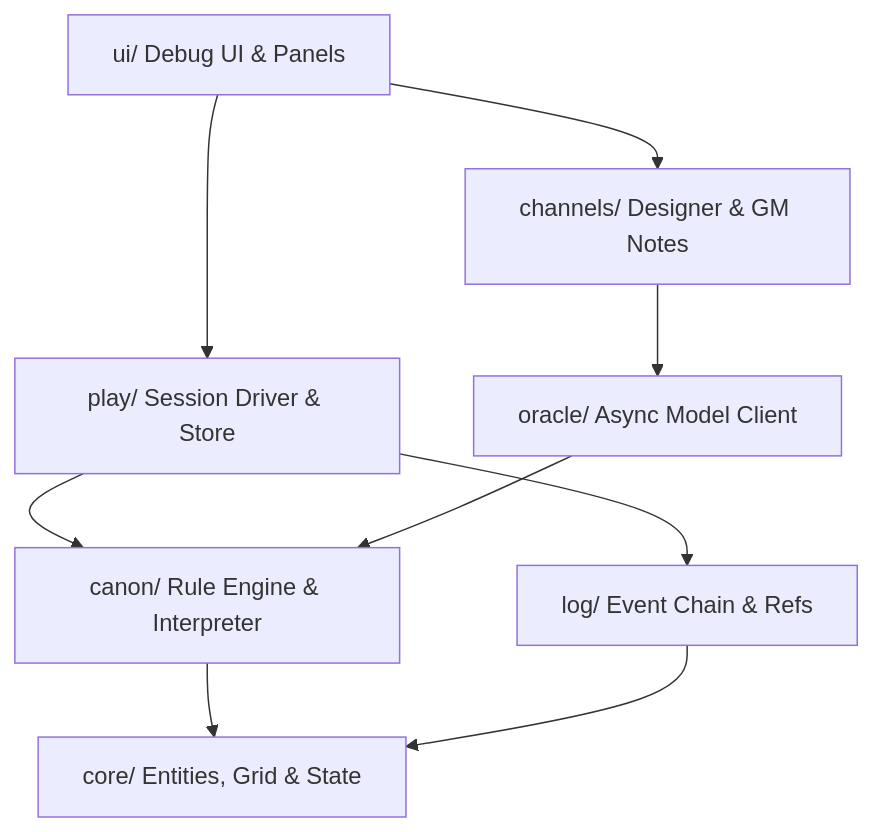
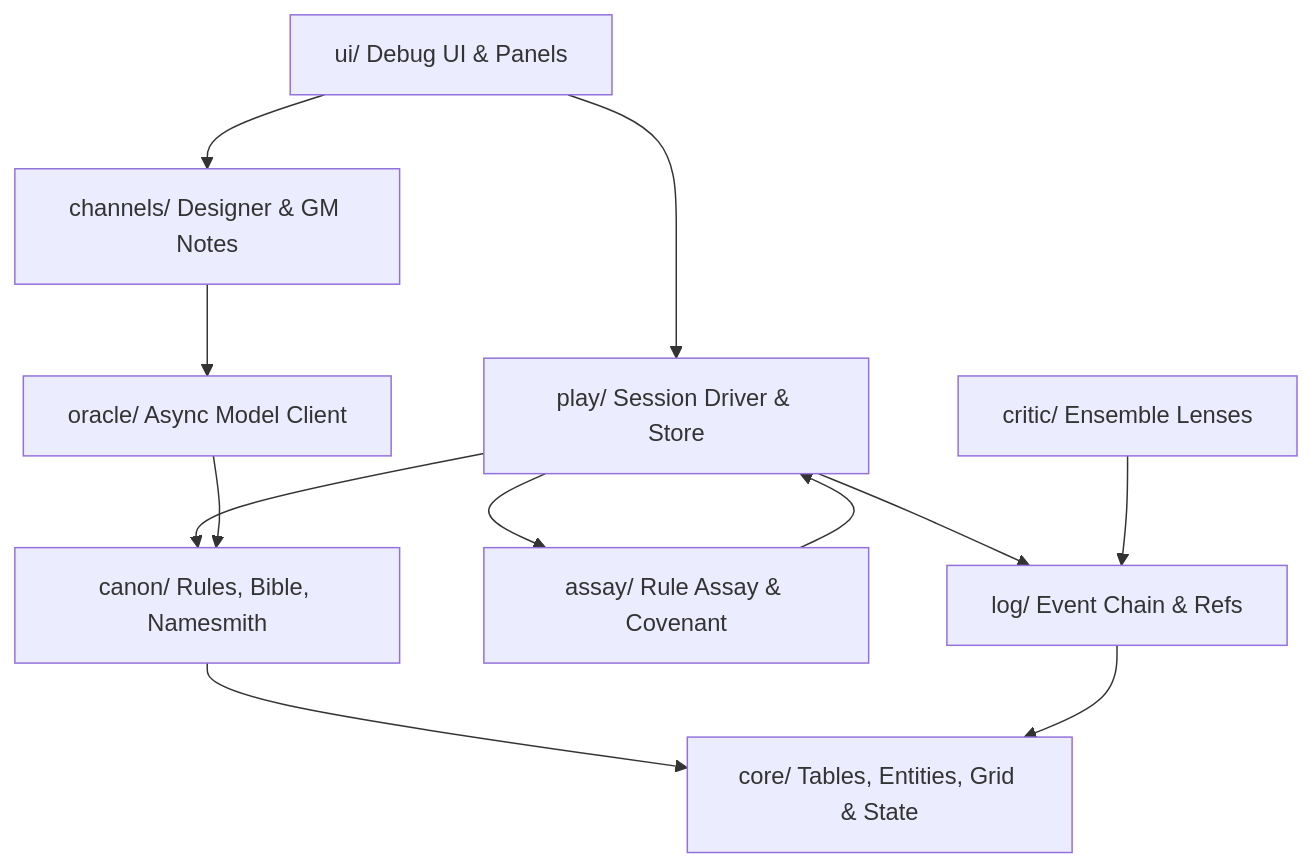
The first of 2 diagrams in openwiki/architecture/overview.md (earchibald/evolving-rpg), drawn with Mermaid before and after one commit. The commit also changed other lines of this file and 10 other files, not shown here.

````diff
--- a/openwiki/architecture/overview.md
+++ b/openwiki/architecture/overview.md
@@ -18,11 +18,14 @@
 ```mermaid
 flowchart TD
     UI[ui/ Debug UI & Panels] --> Play[play/ Session Driver & Store]
     UI --> Channels[channels/ Designer & GM Notes]
-    Play --> Canon[canon/ Rule Engine & Interpreter]
+    Play --> Canon[canon/ Rules, Bible, Namesmith]
+    Play --> Assay[assay/ Rule Assay & Covenant]
     Play --> Log[log/ Event Chain & Refs]
+    Critic[critic/ Ensemble Lenses] --> Log
+    Assay --> Play
     Channels --> Oracle[oracle/ Async Model Client]
-    Canon --> Core[core/ Entities, Grid & State]
+    Canon --> Core[core/ Tables, Entities, Grid & State]
     Oracle --> Canon
     Log --> Core
 ```
````
